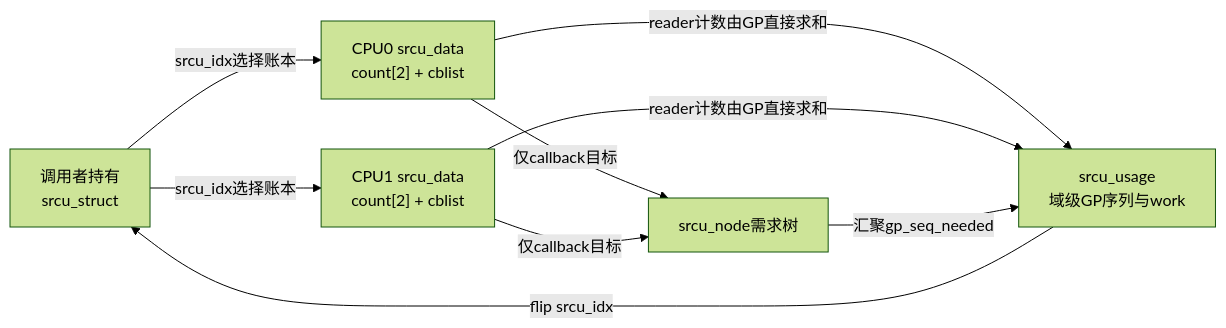
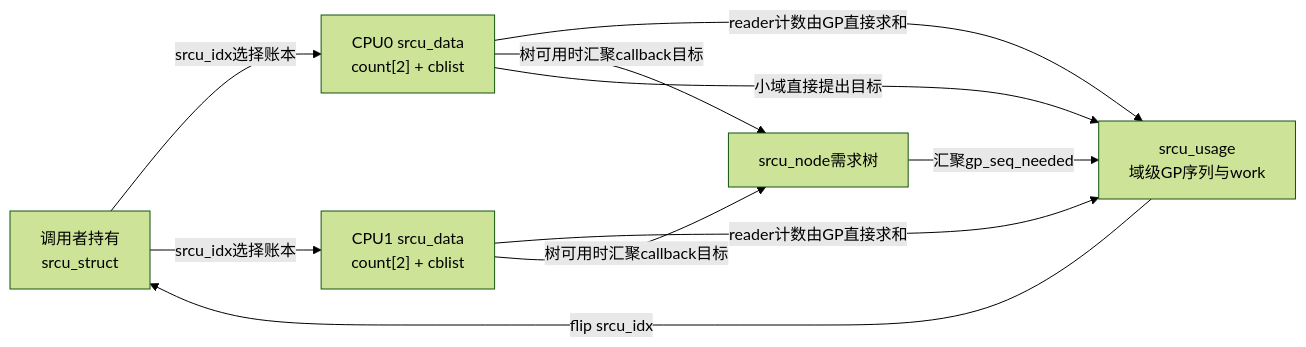
The first of 2 diagrams in research/source_reading/rcu/source_explanations/P11_Linux_6.12_Tree_SRCU源码实现.md (FormingSystem/linux_note), drawn with Mermaid (forest theme) before and after one commit. The commit also changed other lines of this file and 8 other files, not shown here.

````diff
--- a/research/source_reading/rcu/source_explanations/P11_Linux_6.12_Tree_SRCU源码实现.md
+++ b/research/source_reading/rcu/source_explanations/P11_Linux_6.12_Tree_SRCU源码实现.md
@@ -133,11 +137,12 @@
 ```mermaid
 flowchart LR
     API["调用者持有<br/>srcu_struct"] -->|"srcu_idx选择账本"| D0["CPU0 srcu_data<br/>count[2] + cblist"]
     API -->|"srcu_idx选择账本"| D1["CPU1 srcu_data<br/>count[2] + cblist"]
     D0 -->|"reader计数由GP直接求和"| U["srcu_usage<br/>域级GP序列与work"]
     D1 -->|"reader计数由GP直接求和"| U
-    D0 -->|"仅callback目标"| N["srcu_node需求树"]
-    D1 -->|"仅callback目标"| N
+    D0 -->|"树可用时汇聚callback目标"| N["srcu_node需求树"]
+    D1 -->|"树可用时汇聚callback目标"| N
     N -->|"汇聚gp_seq_needed"| U
+    D0 -->|"小域直接提出目标"| U
     U -->|"flip srcu_idx"| API
 ```
````
